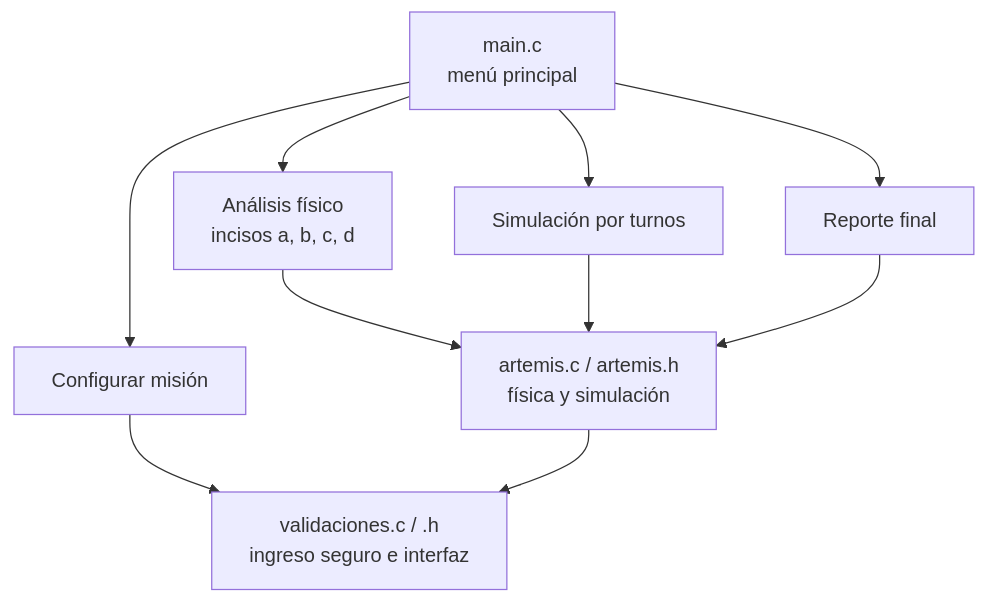
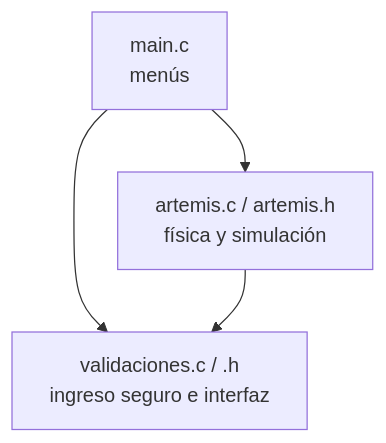
The diagram in README.md (agostinaMagali/tfi-artemis-c), drawn with Mermaid before and after one commit. The commit also changed other lines of this file, not shown here.

````diff
--- a/README.md
+++ b/README.md
@@ -63,12 +34,6 @@
 ```mermaid
 flowchart TD
-    M["main.c<br/>menú principal"] --> C["Configurar misión"]
-    M --> A["Análisis físico<br/>incisos a, b, c, d"]
-    M --> S["Simulación por turnos"]
-    M --> R["Reporte final"]
-    C --> V["validaciones.c / .h<br/>ingreso seguro e interfaz"]
-    A --> L["artemis.c / artemis.h<br/>física y simulación"]
-    S --> L
-    R --> L
-    L --> V
+    M[main.c<br/>menús] --> A[artemis.c / artemis.h<br/>física y simulación]
+    M --> V[validaciones.c / .h<br/>ingreso seguro e interfaz]
+    A --> V
 ```
````
